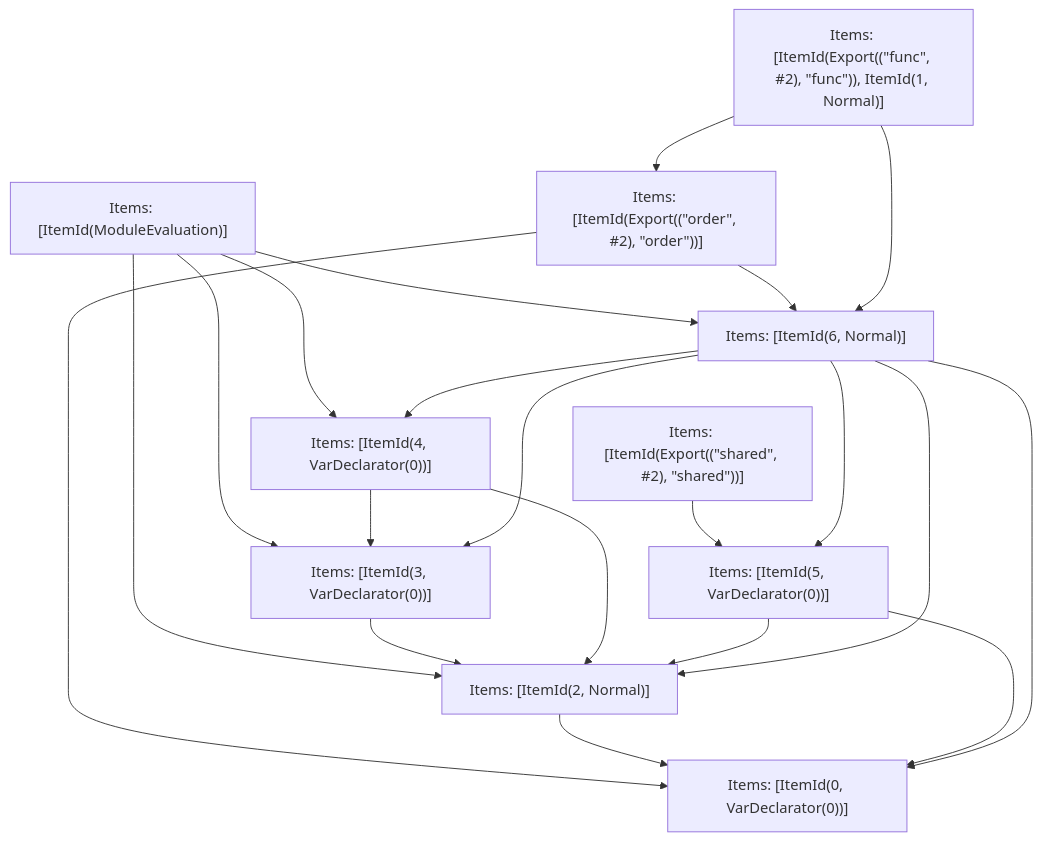
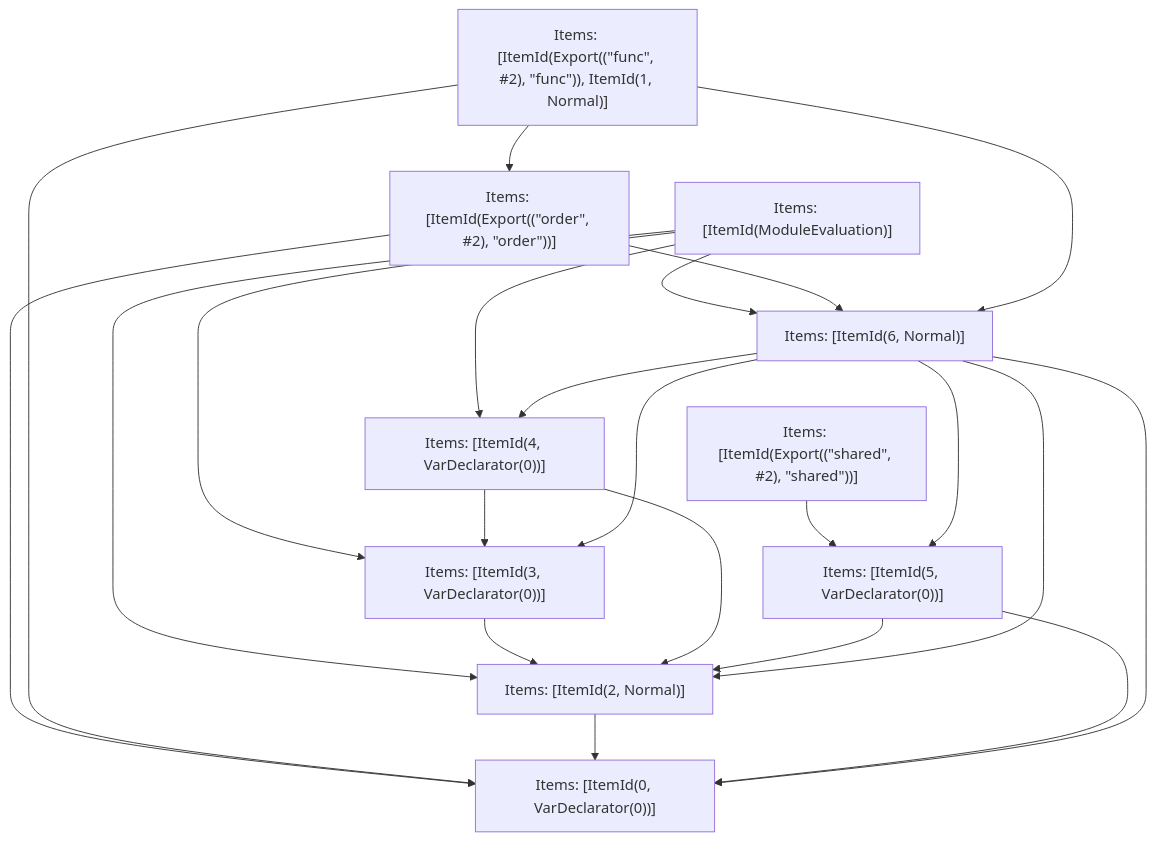
The fifth of 5 diagrams in crates/turbopack-ecmascript/tests/tree-shaker/analyzer/write-order/output.md (vercel/turborepo), drawn with Mermaid before and after one commit. The commit also changed other lines of this file and 63 other files, not shown here.

````diff
--- a/crates/turbopack-ecmascript/tests/tree-shaker/analyzer/write-order/output.md
+++ b/crates/turbopack-ecmascript/tests/tree-shaker/analyzer/write-order/output.md
@@ -217,33 +219,34 @@
 ```mermaid
 graph TD
     N0["Items: [ItemId(ModuleEvaluation)]"];
     N1["Items: [ItemId(Export((&quot;order&quot;, #2), &quot;order&quot;))]"];
     N2["Items: [ItemId(Export((&quot;func&quot;, #2), &quot;func&quot;)), ItemId(1, Normal)]"];
     N3["Items: [ItemId(Export((&quot;shared&quot;, #2), &quot;shared&quot;))]"];
     N4["Items: [ItemId(0, VarDeclarator(0))]"];
     N5["Items: [ItemId(2, Normal)]"];
     N6["Items: [ItemId(3, VarDeclarator(0))]"];
     N7["Items: [ItemId(4, VarDeclarator(0))]"];
     N8["Items: [ItemId(5, VarDeclarator(0))]"];
     N9["Items: [ItemId(6, Normal)]"];
     N0 --> N5;
     N0 --> N6;
     N0 --> N7;
     N0 --> N9;
     N1 --> N9;
     N1 --> N4;
     N2 --> N9;
+    N2 --> N4;
     N2 --> N1;
     N3 --> N8;
     N5 --> N4;
     N6 --> N5;
     N7 --> N5;
     N7 --> N6;
     N8 --> N5;
     N8 --> N4;
     N9 --> N8;
     N9 --> N4;
     N9 --> N5;
     N9 --> N6;
     N9 --> N7;
 ```
````
